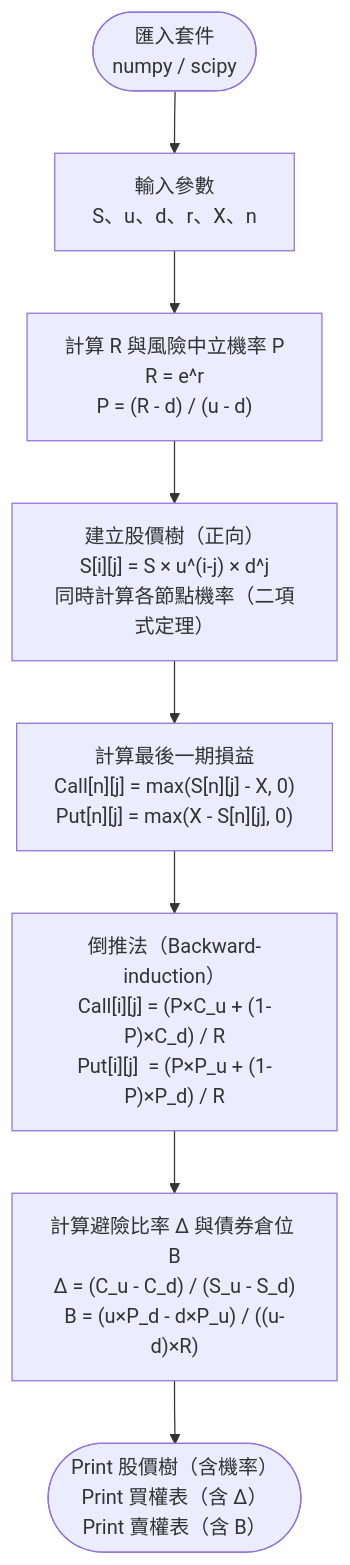
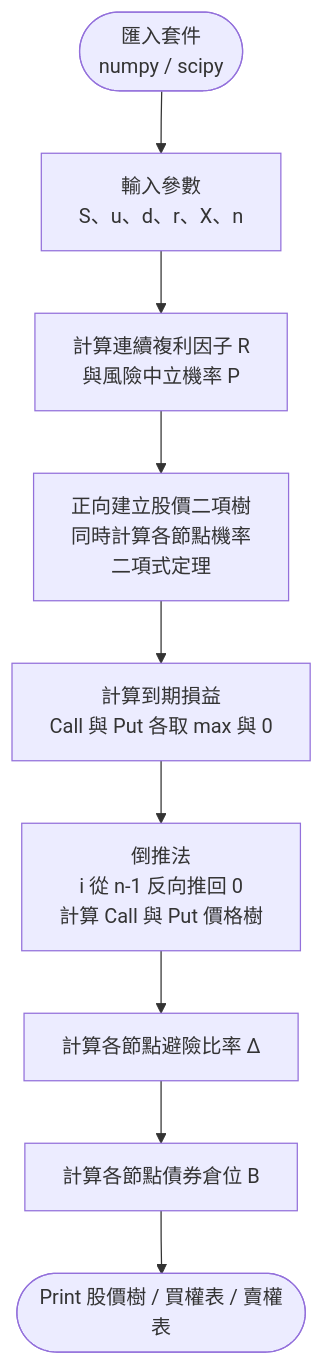
The third of 5 diagrams in README.md (YuHsunWang/Financial_Engineering), drawn with Mermaid before and after one commit. The commit also changed other lines of this file and 5 other files, not shown here.

First line of the commit message:
將 Mermaid 節點內的數學式移出，改以 LaTeX 公式區塊呈現

````diff
--- a/README.md
+++ b/README.md
@@ -89,11 +89,11 @@
 ```mermaid
 flowchart TD
     A([匯入套件\nnumpy / scipy]) --> B[輸入參數\nS、u、d、r、X、n]
-    B --> C["計算 R 與風險中立機率 P\nR = e^r\nP = (R - d) / (u - d)"]
-    C --> D["建立股價樹（正向）\nS[i][j] = S × u^(i-j) × d^j\n同時計算各節點機率（二項式定理）"]
-
-    D --> E["計算最後一期損益\nCall[n][j] = max(S[n][j] - X, 0)\nPut[n][j]  = max(X - S[n][j], 0)"]
-    E --> F["倒推法（Backward-induction）\nCall[i][j] = (P×C_u + (1-P)×C_d) / R\nPut[i][j]  = (P×P_u + (1-P)×P_d) / R"]
-    F --> G["計算避險比率 Δ 與債券倉位 B\nΔ = (C_u - C_d) / (S_u - S_d)\nB = (u×P_d - d×P_u) / ((u-d)×R)"]
-    G --> H(["Print 股價樹（含機率）\nPrint 買權表（含 Δ）\nPrint 賣權表（含 B）"])
+    B --> C[計算連續複利因子 R\n與風險中立機率 P]
+    C --> D[正向建立股價二項樹\n同時計算各節點機率\n二項式定理]
+    D --> E[計算到期損益\nCall 與 Put 各取 max 與 0]
+    E --> F[倒推法\ni 從 n-1 反向推回 0\n計算 Call 與 Put 價格樹]
+    F --> G[計算各節點避險比率 Δ]
+    G --> H[計算各節點債券倉位 B]
+    H --> I([Print 股價樹 / 買權表 / 賣權表])
 ```
````
